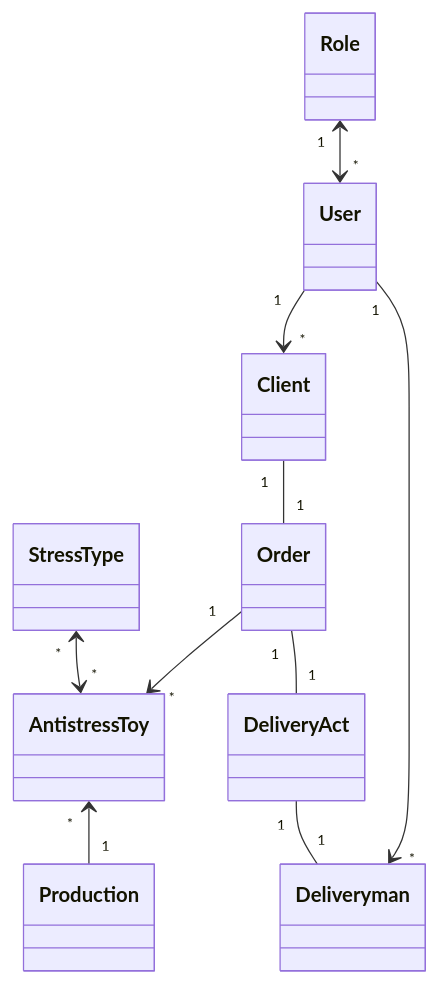
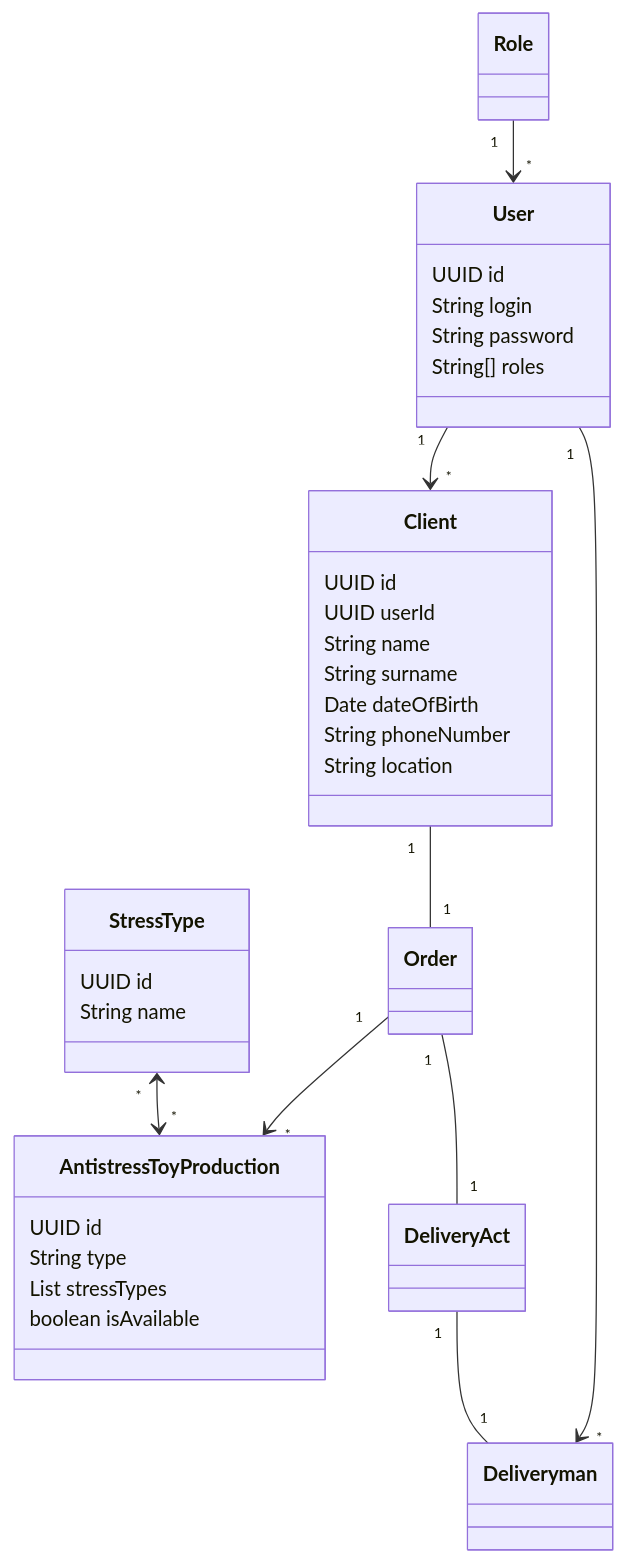
Before and after one commit to whoismuch/HighLoadSystems: the diagram in lab1.md, drawn with Mermaid.

Commit message:
Update lab1.md
feat(model):  add fields for AntistressToyProduction, StressType, User, Client

````diff
--- a/lab1.md
+++ b/lab1.md
@@ -11,12 +11,38 @@
 ```mermaid
    classDiagram
-   AntistressToy "*" <-- "1" Production 
-   Order "1" --> "*" AntistressToy
-   Role "1" <--> "*" User
+   Order "1" --> "*" AntistressToyProduction
+   Role "1" --> "*" User
    User "1" --> "*" Client
    User "1" --> "*" Deliveryman
-   StressType "*" <--> "*" AntistressToy 
+   StressType "*" <--> "*" AntistressToyProduction 
    Client "1" -- "1" Order
    Order "1" -- "1" DeliveryAct
    DeliveryAct "1" -- "1" Deliveryman
+   
+   AntistressToyProduction : UUID id
+   AntistressToyProduction : String type
+   AntistressToyProduction : List<String> stressTypes
+   AntistressToyProduction : boolean isAvailable
+   
+   StressType : UUID id
+   StressType : String name
+   
+   User : UUID id
+   User : String login
+   User : String password 
+   User : String[] roles
+   
+   Client : UUID id
+   Client : UUID userId
+   Client : String name
+   Client : String surname
+   Client : Date dateOfBirth
+   Client : String phoneNumber
+   Client : String location
+   
+   
+   
+   
+   
+   
 ```
````
